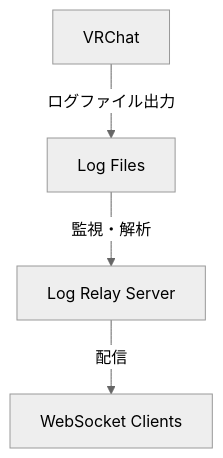
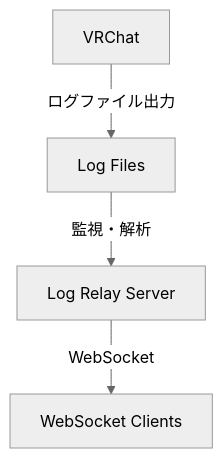
One commit to kurotori4423/vrc-log-relay-server changed the diagram in README.md. Above: the diagram before and after it, drawn with Mermaid (neutral theme).

Commit message:
fix: システム構成図の矢印表現を修正し、RelayServerからWebSocketへの流れを明確化

````diff
--- a/README.md
+++ b/README.md
@@ -31,6 +31,6 @@
 ```mermaid
 graph TD
     VRChat[VRChat] -->|ログファイル出力| LogFiles[Log Files]
     LogFiles -->|監視・解析| RelayServer[Log Relay Server]
-    RelayServer -->|配信| Clients[WebSocket Clients]
+    RelayServer -->|WebSocket| Clients[WebSocket Clients]
 ```
````
